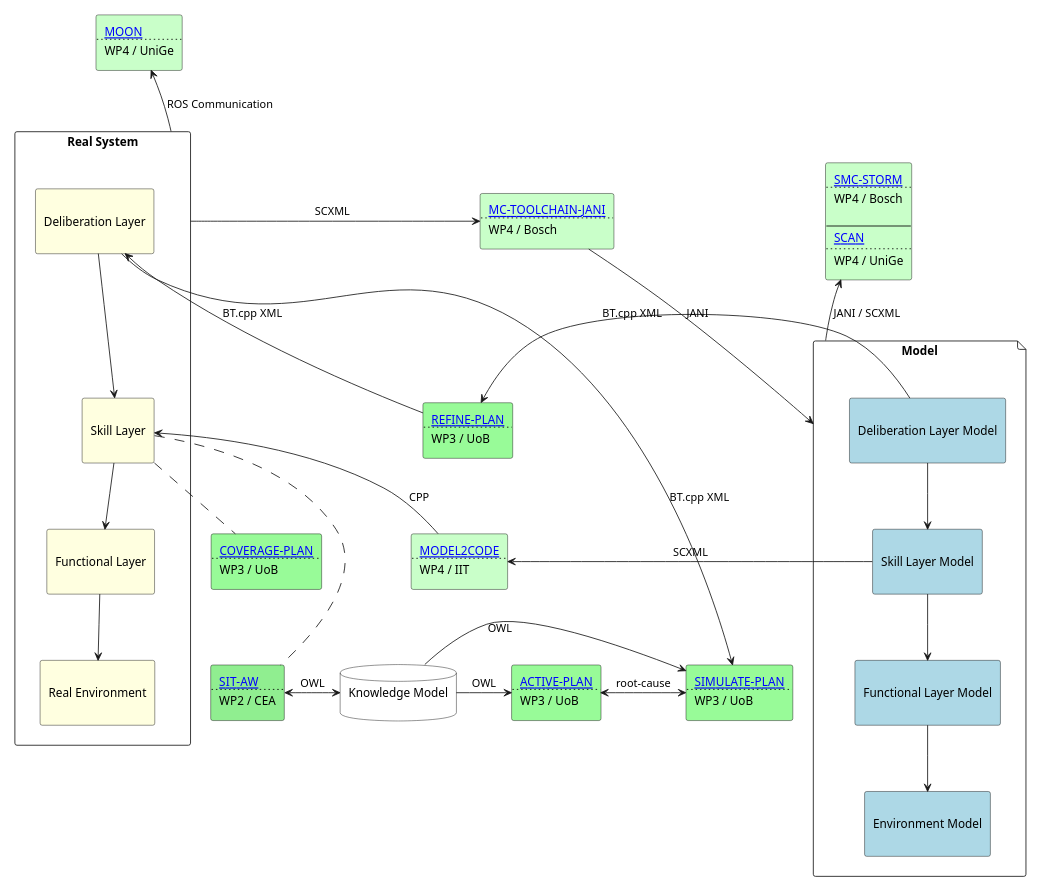
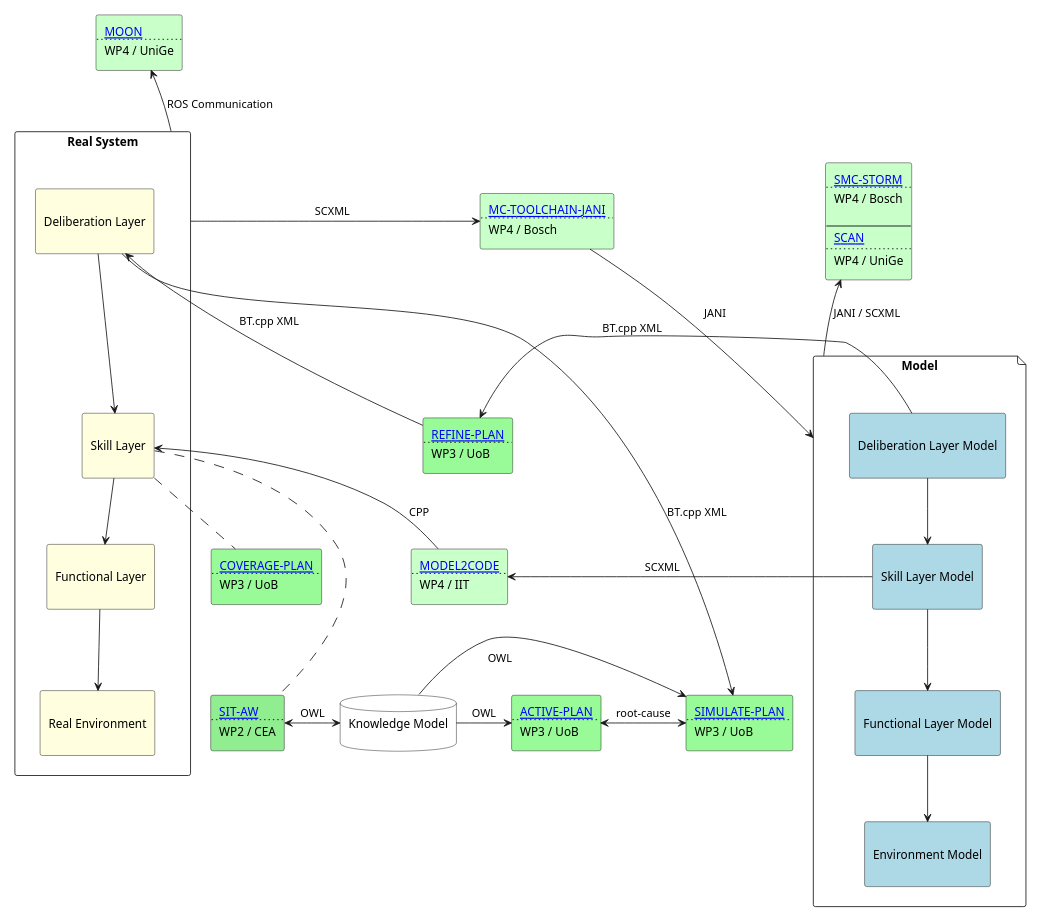
Before and after one commit to convince-project/overview: the diagram in docs/source/overview.plantuml, drawn with PlantUML.

Commit message:
sorting out labels

```diff
--- a/docs/source/overview.plantuml
+++ b/docs/source/overview.plantuml
@@ -1,125 +1,125 @@
 @startuml overview
 scale 700 width
 
 skinparam agent {
     BackgroundColor White
     BorderColor Black
 }
 skinparam database {
     BackgroundColor White
     BorderColor Black
 }
 
 rectangle "Real System" as r {
     agent "\nDeliberation Layer\n" as rdelib #LightYellow
     agent "\nSkill Layer\n" as rskill #LightYellow
     agent "\nFunctional Layer\n" as rfunc #LightYellow
     agent "\nReal Environment\n" as renv #LightYellow
 
     rdelib --> rskill
     rskill --> rfunc
     rfunc --> renv
 }
 
 file "Model" as m {
     agent "\nDeliberation Layer Model\n" as mdelib #LightBlue
     agent "\nSkill Layer Model\n" as mskill #LightBlue
     agent "\nFunctional Layer Model\n" as mfunc #LightBlue
     agent "\nEnvironment Model\n" as menv #LightBlue
 
     mdelib --> mskill
     mskill --> mfunc
     mfunc --> menv
 }
 
 database "Knowledge Model\n" as k 
 
 ' WP2
 
 agent sitaw #LightGreen [
 [[https:///github.com/convince-project/sit-aw SIT-AW]]
 ....
 WP2 / CEA
 ]
 ' }
 
 renv -[hidden]> sitaw
 rskill .. sitaw
 sitaw <-> k : OWL
 
 ' WP3
 
 agent refineplan #PaleGreen [
 [[https://github.com/convince-project/refine-plan REFINE-PLAN]]
 ....
 WP3 / UoB
 ] 
 agent coverageplan #PaleGreen [
 [[https:///github.com/convince-project/coverage-plan COVERAGE-PLAN]]
 ....
 WP3 / UoB
 ]
 agent activeplan #PaleGreen [
 [[https://github.com/convince-project/active-plan ACTIVE-PLAN]]
 ....
 WP3 / UoB
 ] 
 agent simulateplan #PaleGreen [
 [[https://github.com/convince-project/simulate-plan SIMULATE-PLAN]]
 ....
 WP3 / UoB
 ] 
 
 rskill .. coverageplan
 rfunc -[hidden]> coverageplan
 activeplan <-> simulateplan : root-cause
-mdelib -> refineplan : "BT.cpp XML"
+mdelib -> refineplan : "\nBT.cpp XML"
 refineplan -> rdelib : "BT.cpp XML"
 rdelib -> simulateplan : "BT.cpp XML"
-k -> simulateplan : OWL
+k -> simulateplan : "\nOWL"
 k -> activeplan : OWL
 
 ' WP4
 
 agent moon #TECHNOLOGY [
 [[https:///github.com/convince-project/moon MOON]]
 ....
 WP4 / UniGe
 ]
 ' ]
 agent stormscan #TECHNOLOGY [
 [[https:///github.com/convince-project/smc_storm SMC-STORM]]
 ....
 WP4 / Bosch
 
 ----
 [[https:///github.com/convince-project/scan SCAN]]
 ....
 WP4 / UniGe
 ]
 agent jani #TECHNOLOGY [
 [[https:///github.com/convince-project/mc-toolchain-jani MC-TOOLCHAIN-JANI]]
 ....
 WP4 / Bosch
 ]
 agent modeltocode #TECHNOLOGY [
 [[https:///github.com/convince-project/modeltocode MODEL2CODE]]
 ....
 WP4 / IIT
 ]
 
 moon -[hidden]-> rdelib
 moon <-- r : ROS Communication
 
 stormscan -[hidden]-> mdelib
-stormscan <-- m : "JANI / SCXML"
+stormscan <-- m : "JANI / SCXML\n"
 
 r -> jani : "SCXML"
-jani -> m : "JANI"
+jani -> m : "JANI\n"
 rskill <- modeltocode : "CPP"
-modeltocode <- mskill : "SCXML"
+modeltocode <- mskill : "SCXML\t\t\t"
 coverageplan -[hidden]> modeltocode
 
 refineplan -[hidden]-> modeltocode
 
 @enduml
```
